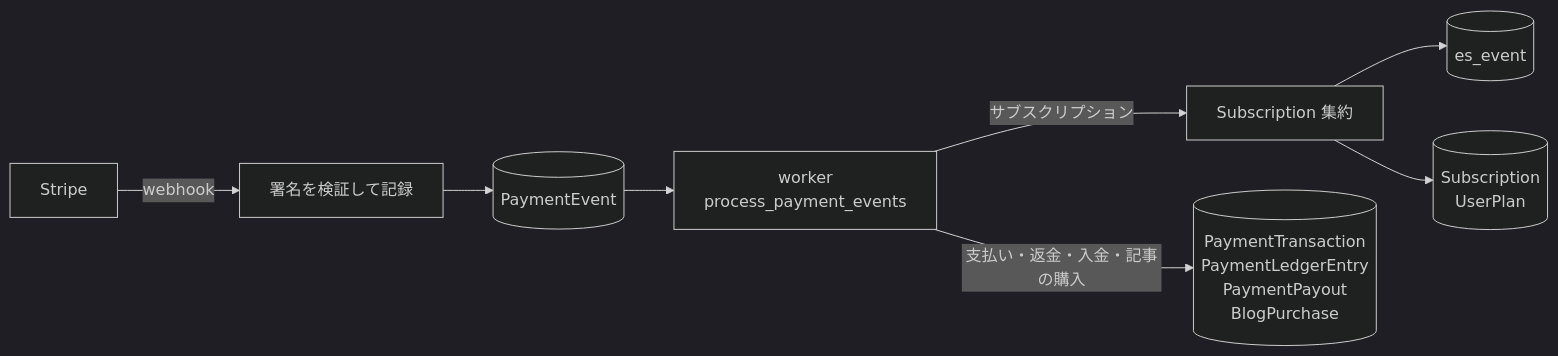
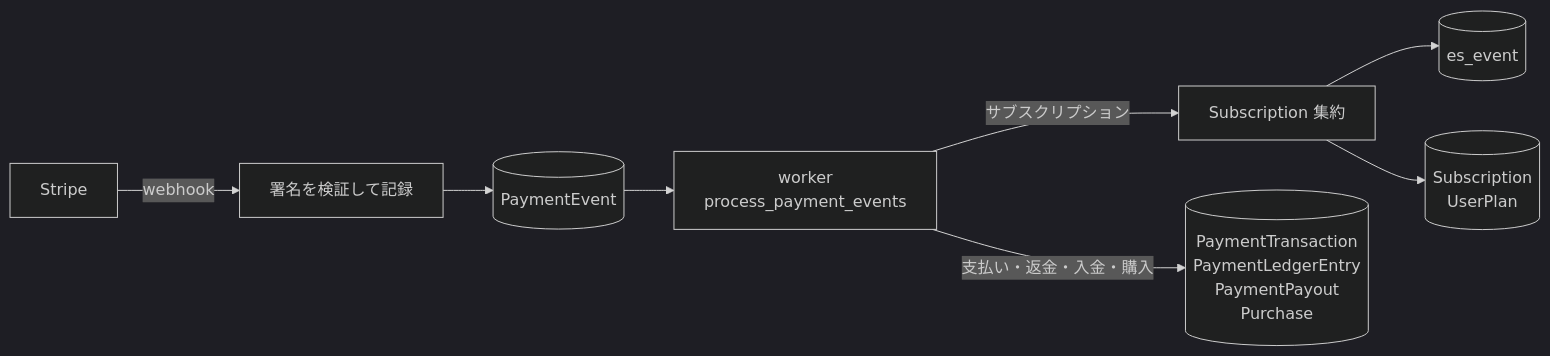
Before and after one commit to ANFINII/MyUs: the second of 2 diagrams in docs/architecture.md, drawn with Mermaid (dark theme). The commit also changed 18 other files, not shown here.

````diff
--- a/docs/architecture.md
+++ b/docs/architecture.md
@@ -133,9 +133,9 @@
 ```mermaid
 flowchart LR
     Stripe[Stripe] -->|webhook| Webhook[署名を検証して記録]
     Webhook --> PE[(PaymentEvent)]
     PE --> Worker[worker<br/>process_payment_events]
     Worker -->|サブスクリプション| Agg[Subscription 集約] --> ES[(es_event)]
     Agg --> Sub[(Subscription<br/>UserPlan)]
-    Worker -->|支払い・返金・入金・記事の購入| Pay[(PaymentTransaction<br/>PaymentLedgerEntry<br/>PaymentPayout<br/>BlogPurchase)]
+    Worker -->|支払い・返金・入金・購入| Pay[(PaymentTransaction<br/>PaymentLedgerEntry<br/>PaymentPayout<br/>Purchase)]
 ```
````
